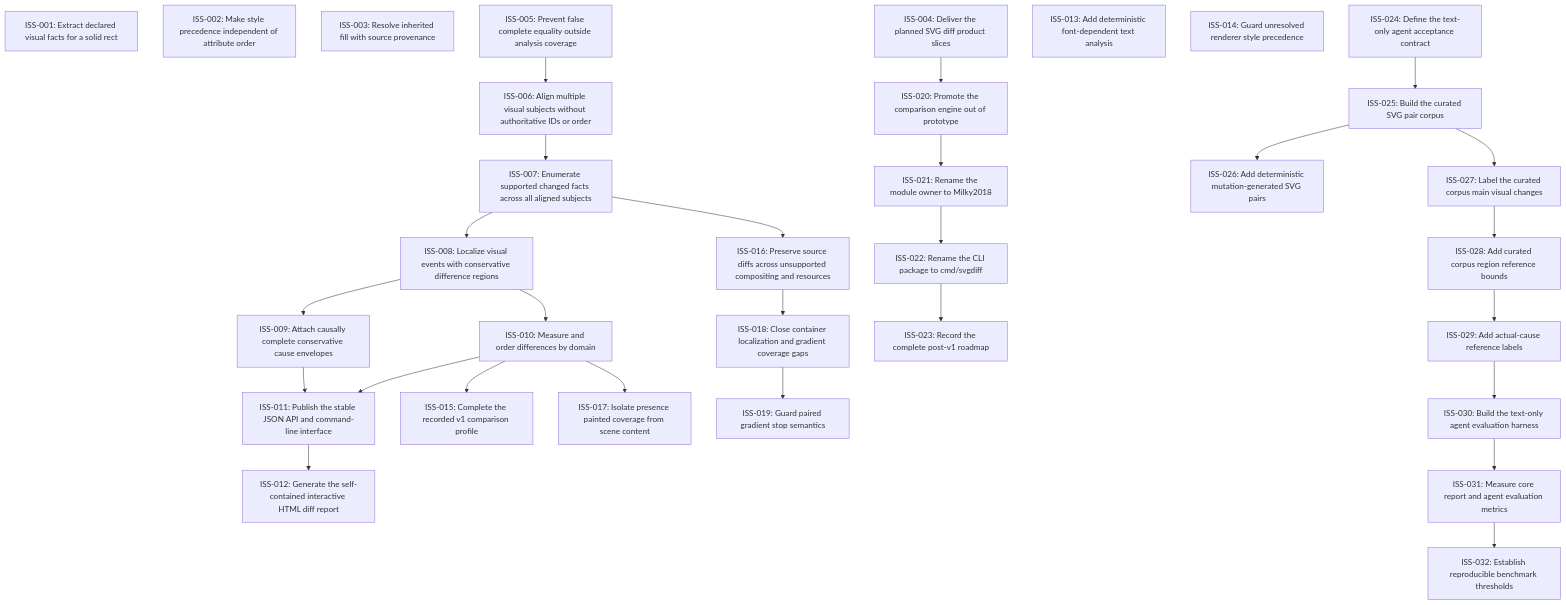
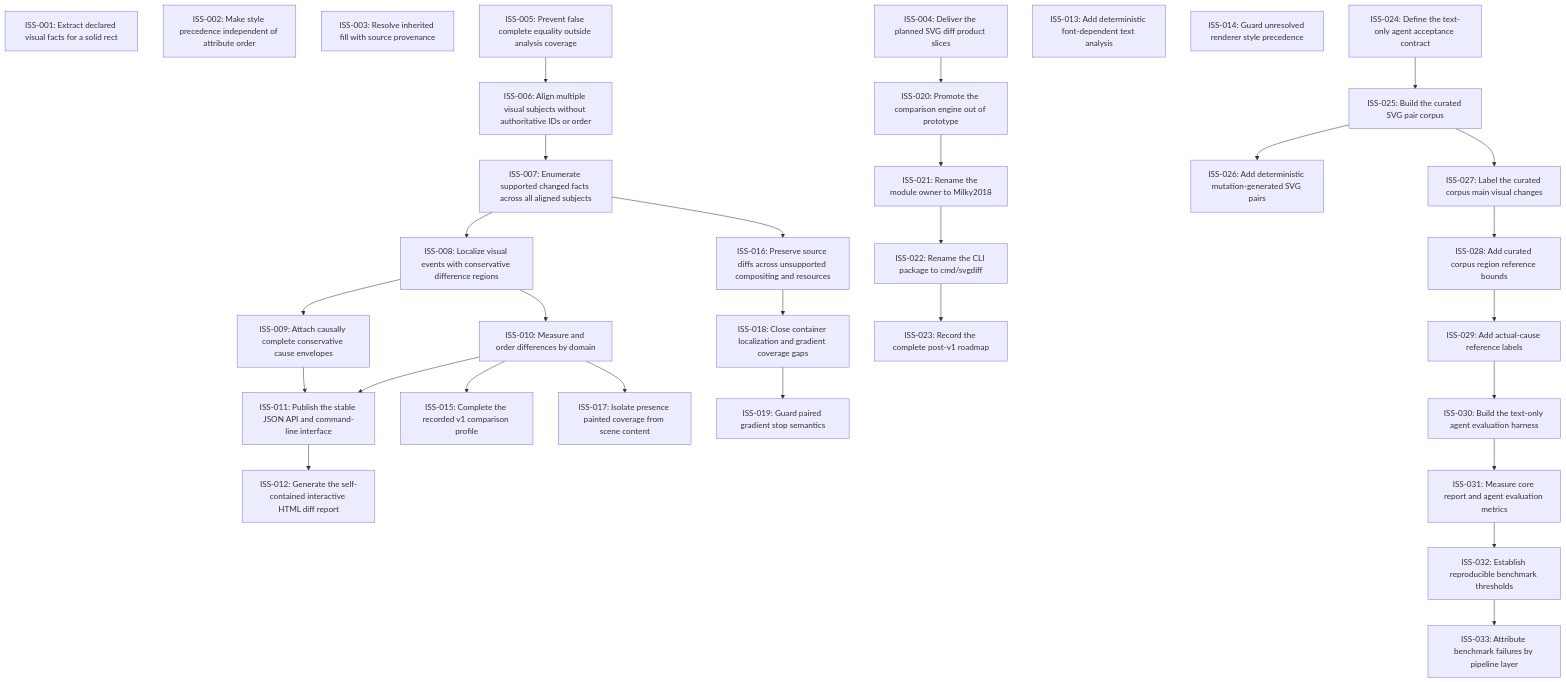
Before and after one commit to moonbit-community/svgdiff: the diagram in issues/README.md, drawn with Mermaid. The commit also changed 9 other files, not shown here.

Commit message:
Attribute benchmark failures by layer

````diff
--- a/issues/README.md
+++ b/issues/README.md
@@ -18,60 +18,62 @@
 ```mermaid
 graph TD
   ISS_001["ISS-001: Extract declared visual facts for a solid rect"]
   ISS_002["ISS-002: Make style precedence independent of attribute order"]
   ISS_003["ISS-003: Resolve inherited fill with source provenance"]
   ISS_004["ISS-004: Deliver the planned SVG diff product slices"]
   ISS_005["ISS-005: Prevent false complete equality outside analysis coverage"]
   ISS_006["ISS-006: Align multiple visual subjects without authoritative IDs or order"]
   ISS_007["ISS-007: Enumerate supported changed facts across all aligned subjects"]
   ISS_008["ISS-008: Localize visual events with conservative difference regions"]
   ISS_009["ISS-009: Attach causally complete conservative cause envelopes"]
   ISS_010["ISS-010: Measure and order differences by domain"]
   ISS_011["ISS-011: Publish the stable JSON API and command-line interface"]
   ISS_012["ISS-012: Generate the self-contained interactive HTML diff report"]
   ISS_013["ISS-013: Add deterministic font-dependent text analysis"]
   ISS_014["ISS-014: Guard unresolved renderer style precedence"]
   ISS_015["ISS-015: Complete the recorded v1 comparison profile"]
   ISS_016["ISS-016: Preserve source diffs across unsupported compositing and resources"]
   ISS_017["ISS-017: Isolate presence painted coverage from scene content"]
   ISS_018["ISS-018: Close container localization and gradient coverage gaps"]
   ISS_019["ISS-019: Guard paired gradient stop semantics"]
   ISS_020["ISS-020: Promote the comparison engine out of prototype"]
   ISS_021["ISS-021: Rename the module owner to Milky2018"]
   ISS_022["ISS-022: Rename the CLI package to cmd/svgdiff"]
   ISS_023["ISS-023: Record the complete post-v1 roadmap"]
   ISS_024["ISS-024: Define the text-only agent acceptance contract"]
   ISS_025["ISS-025: Build the curated SVG pair corpus"]
   ISS_026["ISS-026: Add deterministic mutation-generated SVG pairs"]
   ISS_027["ISS-027: Label the curated corpus main visual changes"]
   ISS_028["ISS-028: Add curated corpus region reference bounds"]
   ISS_029["ISS-029: Add actual-cause reference labels"]
   ISS_030["ISS-030: Build the text-only agent evaluation harness"]
   ISS_031["ISS-031: Measure core report and agent evaluation metrics"]
   ISS_032["ISS-032: Establish reproducible benchmark thresholds"]
+  ISS_033["ISS-033: Attribute benchmark failures by pipeline layer"]
   ISS_005 --> ISS_006
   ISS_006 --> ISS_007
   ISS_007 --> ISS_008
   ISS_008 --> ISS_009
   ISS_008 --> ISS_010
   ISS_009 --> ISS_011
   ISS_010 --> ISS_011
   ISS_011 --> ISS_012
   ISS_010 --> ISS_015
   ISS_007 --> ISS_016
   ISS_010 --> ISS_017
   ISS_016 --> ISS_018
   ISS_018 --> ISS_019
   ISS_004 --> ISS_020
   ISS_020 --> ISS_021
   ISS_021 --> ISS_022
   ISS_022 --> ISS_023
   ISS_024 --> ISS_025
   ISS_025 --> ISS_026
   ISS_025 --> ISS_027
   ISS_027 --> ISS_028
   ISS_028 --> ISS_029
   ISS_029 --> ISS_030
   ISS_030 --> ISS_031
   ISS_031 --> ISS_032
+  ISS_032 --> ISS_033
 ```
````
